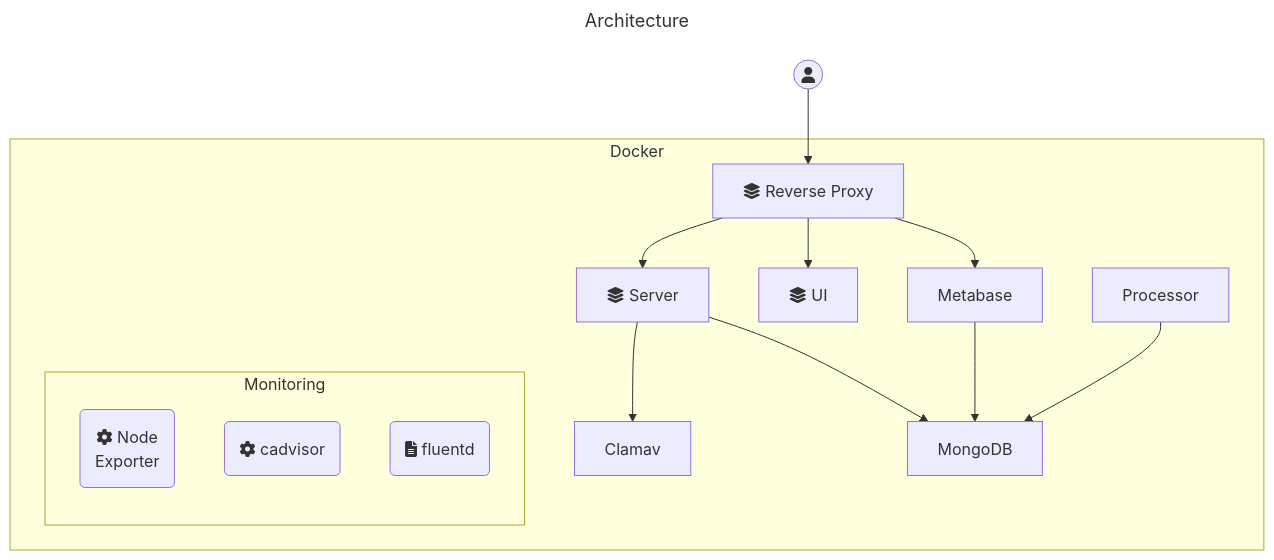
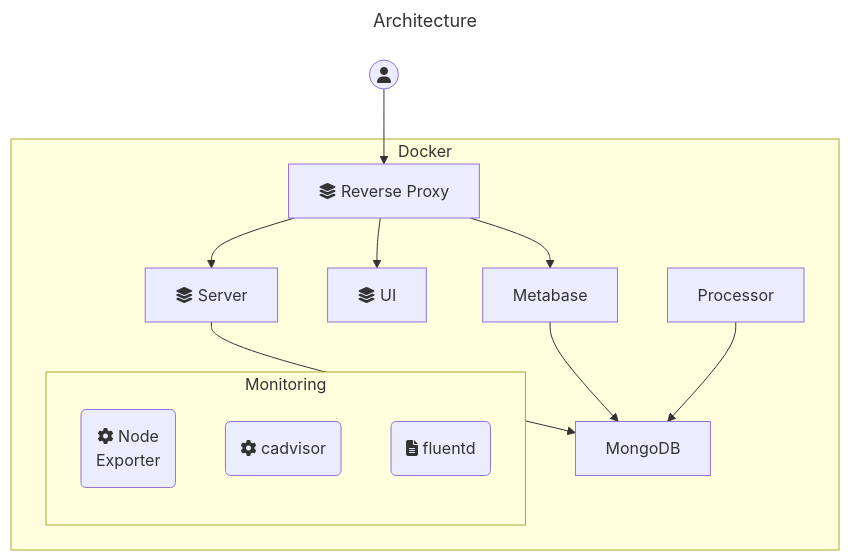
The first of 3 diagrams in docs/infrastructure/architecture.md (mission-apprentissage/flux-retour-cfas), drawn with Mermaid before and after one commit. The commit also changed other lines of this file and 7 other files, not shown here.

````diff
--- a/docs/infrastructure/architecture.md
+++ b/docs/infrastructure/architecture.md
@@ -14,23 +14,22 @@
 ```mermaid
 ---
 title: Architecture
 ---
 flowchart TB
     entry(("fa:fa-user"))
     entry-->P["fa:fa-layer-group Reverse Proxy"]
     subgraph Docker
         P-->S["fa:fa-layer-group Server"]
         P-->U["fa:fa-layer-group UI"]
         P-->M
-        S-->C["Clamav"]
         S-->D["MongoDB"]
         M["Metabase"]-->D["MongoDB"]
         Pro["Processor"]-->D["MongoDB"]
         subgraph Monitoring
             direction TB
             N("fa:fa-cog Node<br/>Exporter")
             Ca("fa:fa-cog cadvisor")
             F("fa:fa-file-alt fluentd")
         end
     end
 ```
````
